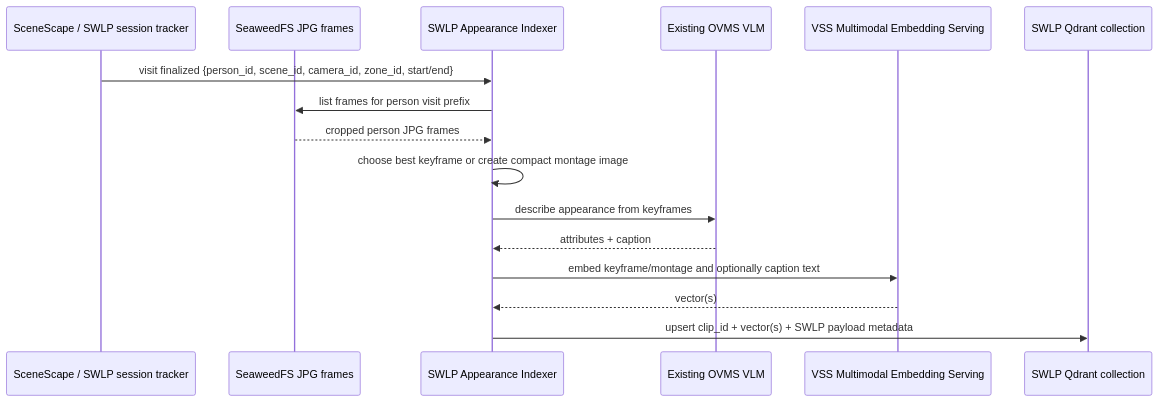
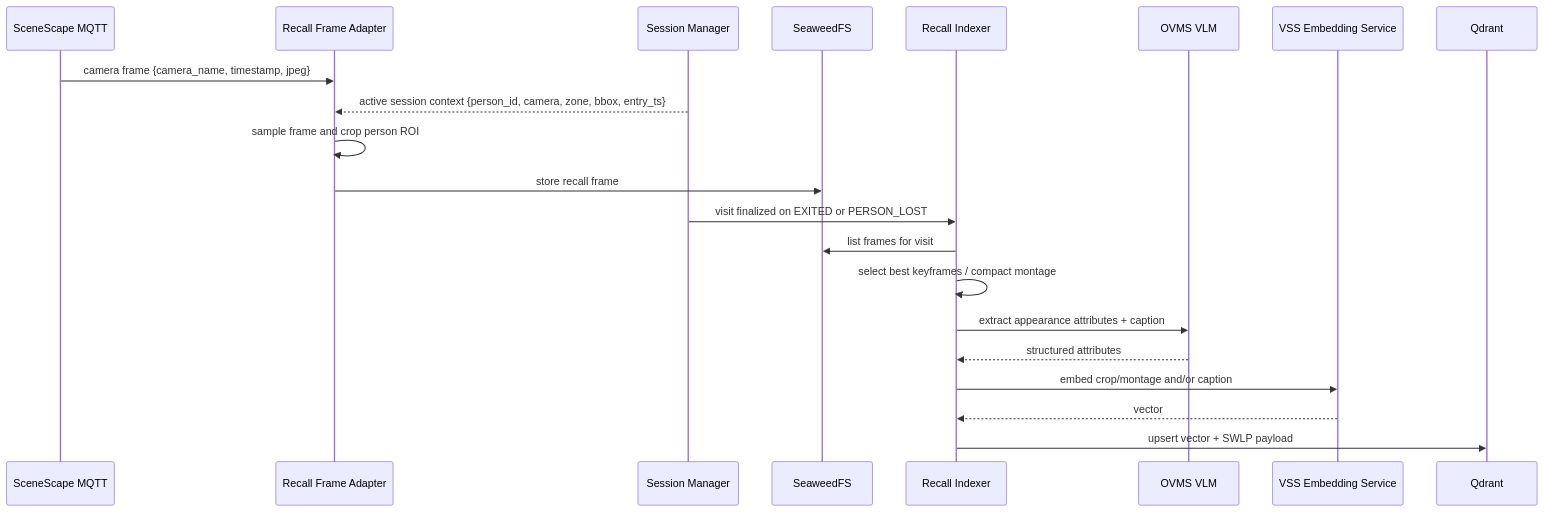
Before and after one commit to intel-retail/storewide-loss-prevention: the second of 3 diagrams in suspicious-activity-detection/docs/vlm-attribute-search-design.md, drawn with Mermaid. The commit also changed other lines of this file, not shown here.

````diff
--- a/suspicious-activity-detection/docs/vlm-attribute-search-design.md
+++ b/suspicious-activity-detection/docs/vlm-attribute-search-design.md
@@ -290,19 +78,24 @@
 ```mermaid
 sequenceDiagram
-    participant SS as SceneScape / SWLP session tracker
-    participant S3 as SeaweedFS JPG frames
-    participant IDX as SWLP Appearance Indexer
-    participant VLM as Existing OVMS VLM
-    participant VSS as VSS Multimodal Embedding Serving
-    participant QD as SWLP Qdrant collection
+    participant SC as SceneScape MQTT
+    participant RFA as Recall Frame Adapter
+    participant SM as Session Manager
+    participant S3 as SeaweedFS
+    participant IDX as Recall Indexer
+    participant VLM as OVMS VLM
+    participant VSS as VSS Embedding Service
+    participant QD as Qdrant
 
-    SS->>IDX: visit finalized {person_id, scene_id, camera_id, zone_id, start/end}
-    IDX->>S3: list frames for person visit prefix
-    S3-->>IDX: cropped person JPG frames
-    IDX->>IDX: choose best keyframe or create compact montage image
-    IDX->>VLM: describe appearance from keyframes
-    VLM-->>IDX: attributes + caption
-    IDX->>VSS: embed keyframe/montage and optionally caption text
-    VSS-->>IDX: vector(s)
-    IDX->>QD: upsert clip_id + vector(s) + SWLP payload metadata
+    SC->>RFA: camera frame {camera_name, timestamp, jpeg}
+    SM-->>RFA: active session context {person_id, camera, zone, bbox, entry_ts}
+    RFA->>RFA: sample frame and crop person ROI
+    RFA->>S3: store recall frame
+    SM->>IDX: visit finalized on EXITED or PERSON_LOST
+    IDX->>S3: list frames for visit
+    IDX->>IDX: select best keyframes / compact montage
+    IDX->>VLM: extract appearance attributes + caption
+    VLM-->>IDX: structured attributes
+    IDX->>VSS: embed crop/montage and/or caption
+    VSS-->>IDX: vector
+    IDX->>QD: upsert vector + SWLP payload
 ```
````
